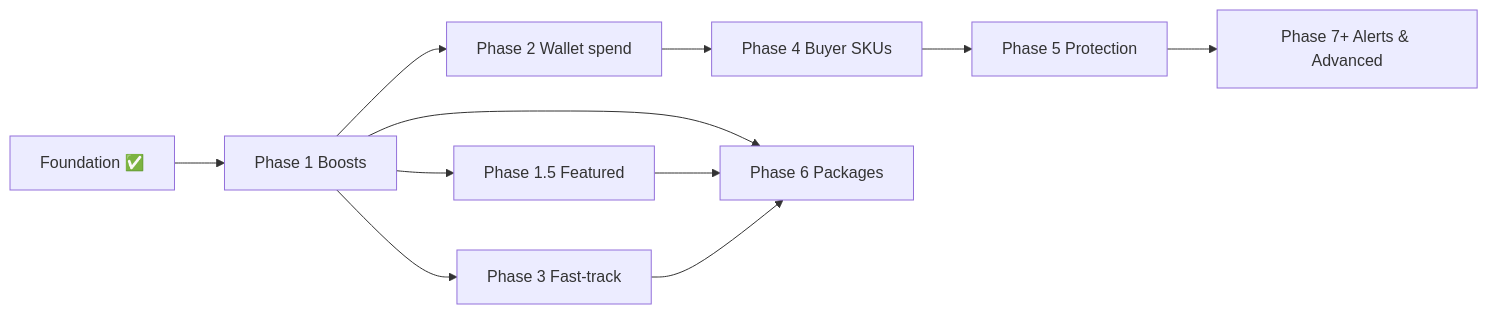
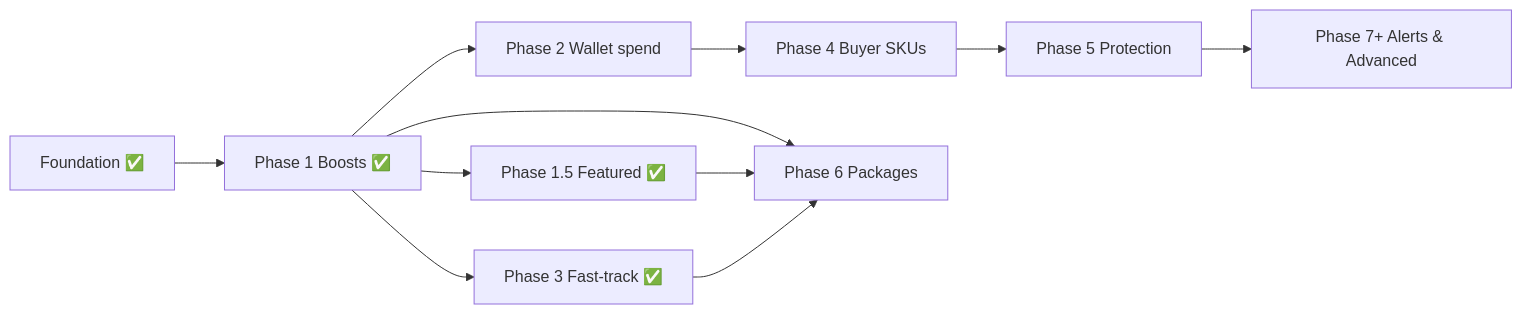
The first of 3 diagrams in docs/product/master-blueprint-v1.md (golpochat/community-marketplace), drawn with Mermaid before and after one commit. The commit also changed other lines of this file and 11 other files, not shown here.

````diff
--- a/docs/product/master-blueprint-v1.md
+++ b/docs/product/master-blueprint-v1.md
@@ -2116,13 +2134,13 @@
 ```mermaid
 flowchart LR
-  F[Foundation ✅] --> P1[Phase 1 Boosts]
-  P1 --> P15[Phase 1.5 Featured]
+  F[Foundation ✅] --> P1[Phase 1 Boosts ✅]
+  P1 --> P15[Phase 1.5 Featured ✅]
   P1 --> P2[Phase 2 Wallet spend]
-  P1 --> P3[Phase 3 Fast-track]
+  P1 --> P3[Phase 3 Fast-track ✅]
   P2 --> P4[Phase 4 Buyer SKUs]
   P4 --> P5[Phase 5 Protection]
   P1 --> P6[Phase 6 Packages]
   P15 --> P6
   P3 --> P6
   P5 --> P7[Phase 7+ Alerts & Advanced]
 ```
````
